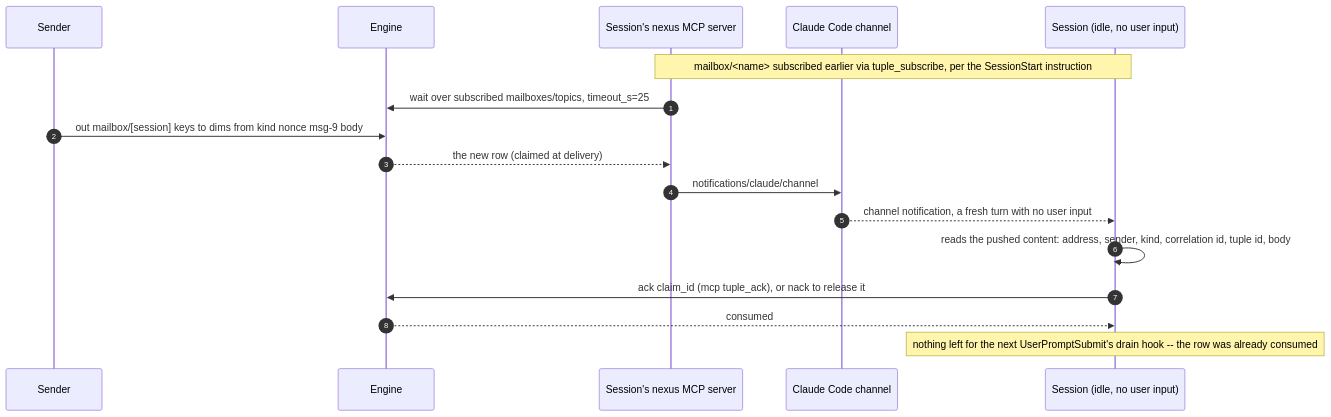
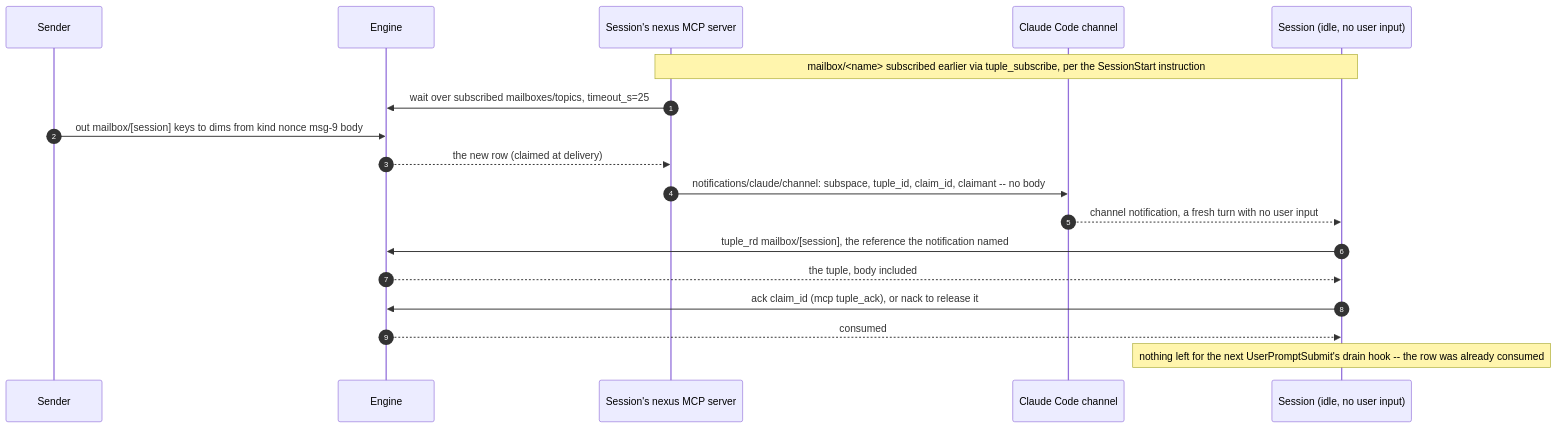
One commit to Hellblazer/nexus changed the seventh of 9 diagrams in docs/tuple-space-walkthroughs.md. Above: the diagram before and after it, drawn with Mermaid. The commit also changed other lines of this file and 10 other files, not shown here.

Commit message:
docs(tuple-space): board, queue, lock, release and channel delivery (nexus-rplay.15)

````diff
--- a/docs/tuple-space-walkthroughs.md
+++ b/docs/tuple-space-walkthroughs.md
@@ -152,20 +213,21 @@
 ```mermaid
 sequenceDiagram
     autonumber
     participant Sn as Sender
     participant E as Engine
     participant S as Session's nexus MCP server
     participant H as Claude Code channel
     participant M as Session (idle, no user input)
 
     Note over M,S: mailbox/<name> subscribed earlier via tuple_subscribe, per the SessionStart instruction
     S->>E: wait over subscribed mailboxes/topics, timeout_s=25
     Sn->>E: out mailbox/[session] keys to dims from kind nonce msg-9 body
     E-->>S: the new row (claimed at delivery)
-    S->>H: notifications/claude/channel
+    S->>H: notifications/claude/channel: subspace, tuple_id, claim_id, claimant -- no body
     H-->>M: channel notification, a fresh turn with no user input
-    M->>M: reads the pushed content: address, sender, kind, correlation id, tuple id, body
+    M->>E: tuple_rd mailbox/[session], the reference the notification named
+    E-->>M: the tuple, body included
     M->>E: ack claim_id (mcp tuple_ack), or nack to release it
     E-->>M: consumed
     Note over M: nothing left for the next UserPromptSubmit's drain hook -- the row was already consumed
 ```
````
